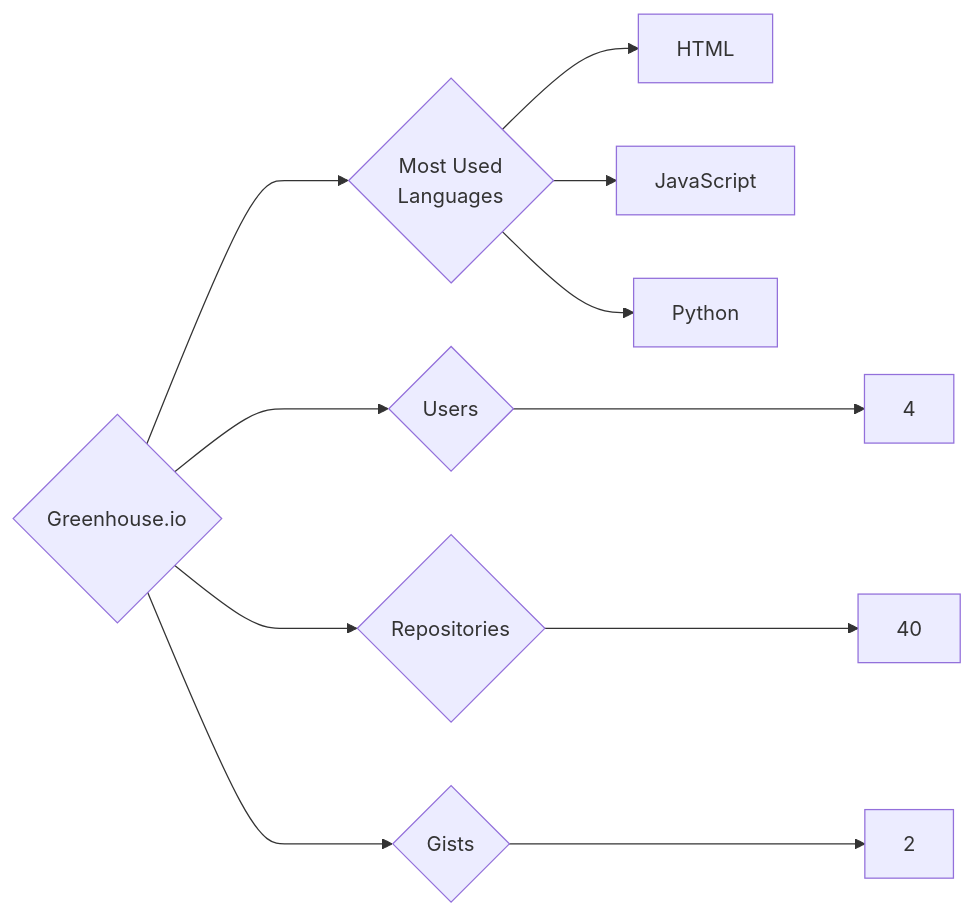
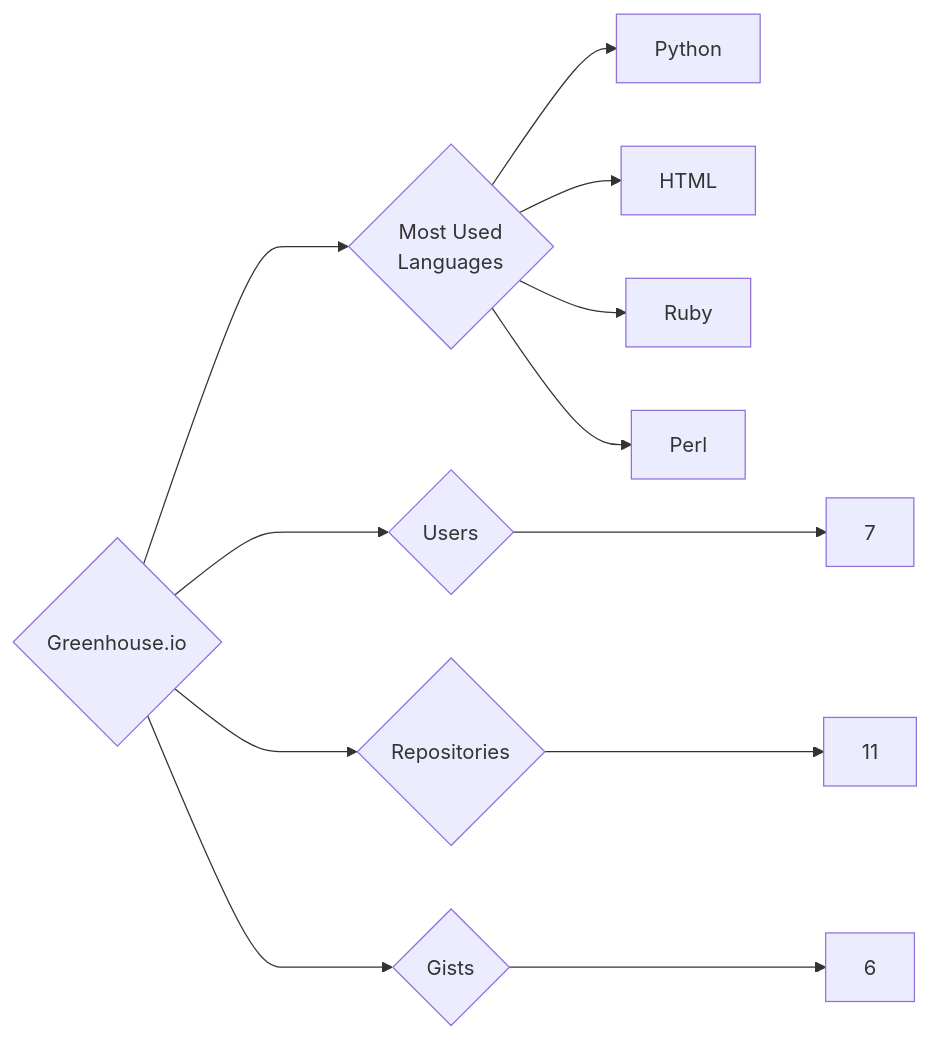
Before and after one commit to trickest/insiders: the diagram in targets/Greenhouse.io/README.md, drawn with Mermaid. The commit also changed 1092 other files, not shown here.

````diff
--- a/targets/Greenhouse.io/README.md
+++ b/targets/Greenhouse.io/README.md
@@ -3,11 +3,12 @@
 ```mermaid
 graph LR
 COMPANY_NAME{Greenhouse.io}
-COMPANY_NAME ---> U{Users} ---> UN[4]
-COMPANY_NAME ---> R{Repositories} ---> RN[40]
-COMPANY_NAME ---> G{Gists} ---> GN[2]
+COMPANY_NAME ---> U{Users} ---> UN[7]
+COMPANY_NAME ---> R{Repositories} ---> RN[11]
+COMPANY_NAME ---> G{Gists} ---> GN[6]
 COMPANY_NAME ---> ML{Most Used<br>Languages}
+ML --> Python[Python]
 ML --> HTML[HTML]
-ML --> JavaScript[JavaScript]
-ML --> Python[Python]
+ML --> Ruby[Ruby]
+ML --> Perl[Perl]
 ```
````
